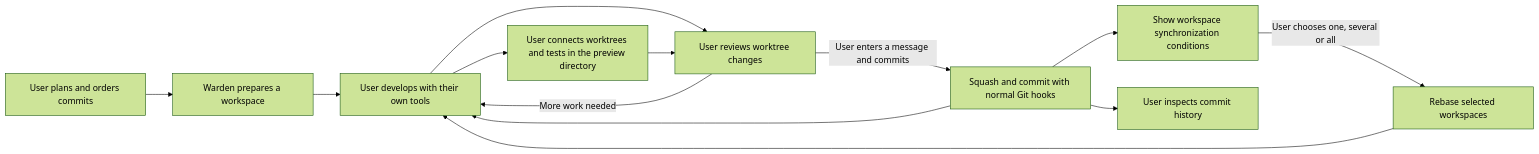
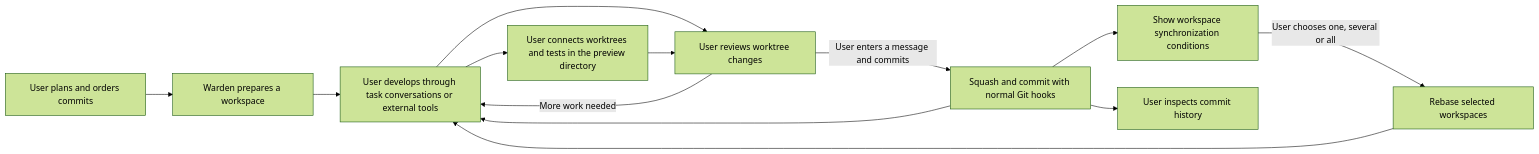
One commit to xbghc/warden changed the diagram in docs/workflow.md. Above: the diagram before and after it, drawn with Mermaid (forest theme). The commit also changed other lines of this file and 44 other files, not shown here.

````diff
--- a/docs/workflow.md
+++ b/docs/workflow.md
@@ -135,15 +157,15 @@
 ```mermaid
 flowchart LR
   P[User plans and orders commits] --> W[Warden prepares a workspace]
-  W --> E[User develops with their own tools]
+  W --> E[User develops through task conversations or external tools]
   E --> V[User connects worktrees and tests in the preview directory]
   E --> R[User reviews worktree changes]
   V --> R[User reviews worktree changes]
   R -->|More work needed| E
   R -->|User enters a message and commits| C[Squash and commit with normal Git hooks]
   C --> E
   C --> N[Show workspace synchronization conditions]
   N -->|User chooses one, several or all| B[Rebase selected workspaces]
   B --> E
   C --> H[User inspects commit history]
 ```
````
